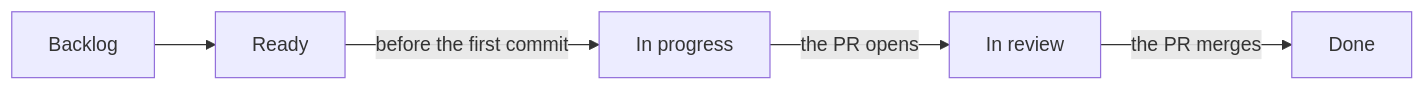
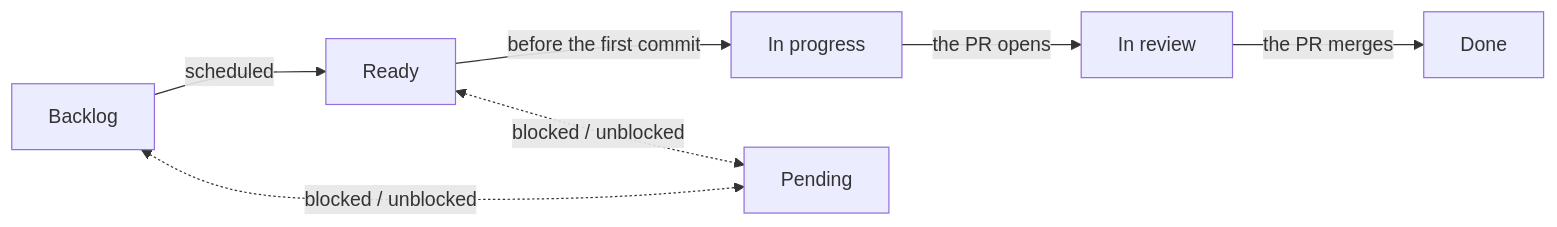
One commit to polikeiji/constitutions changed the first of 2 diagrams in constitutions/github-projects/board-to-pr.md. Above: the diagram before and after it, drawn with Mermaid. The commit also changed other lines of this file and 9 other files, not shown here.

````diff
--- a/constitutions/github-projects/board-to-pr.md
+++ b/constitutions/github-projects/board-to-pr.md
@@ -22,9 +31,11 @@
 ```mermaid
 flowchart LR
   accTitle: The status path a ticket walks
-  accDescr: Backlog to Ready, then to In progress before the first commit, to In review when the pull request opens, and to Done when it merges.
-  Backlog --> Ready
+  accDescr: A new ticket is created into Backlog. Scheduling moves it to Ready, and it moves to In progress before its first commit, to In review when the pull request opens, and to Done when that pull request merges. Pending sits off that path and holds a ticket something outside it is blocking, until the blocker clears and the ticket returns to the column it left.
+  Backlog -->|scheduled| Ready
   Ready -->|before the first commit| Progress["In progress"]
   Progress -->|the PR opens| Review["In review"]
   Review -->|the PR merges| Done
+  Backlog <-.->|blocked / unblocked| Pending
+  Ready <-.->|blocked / unblocked| Pending
 ```
````
